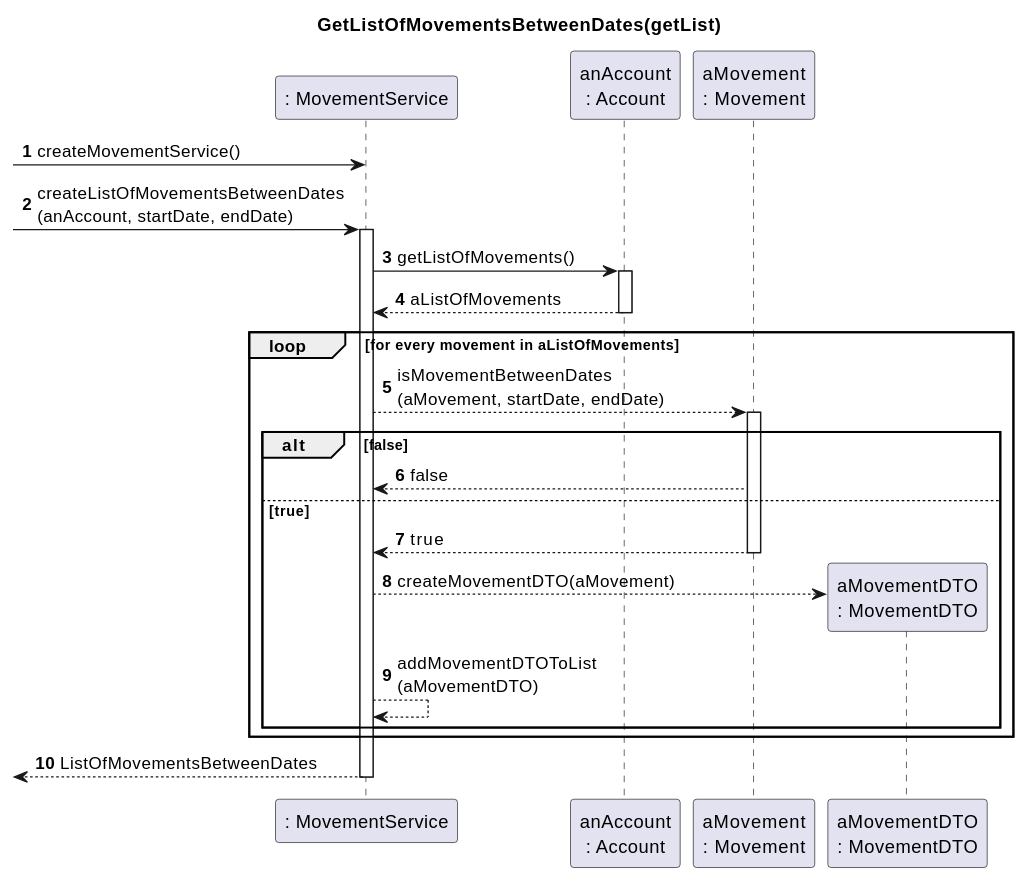
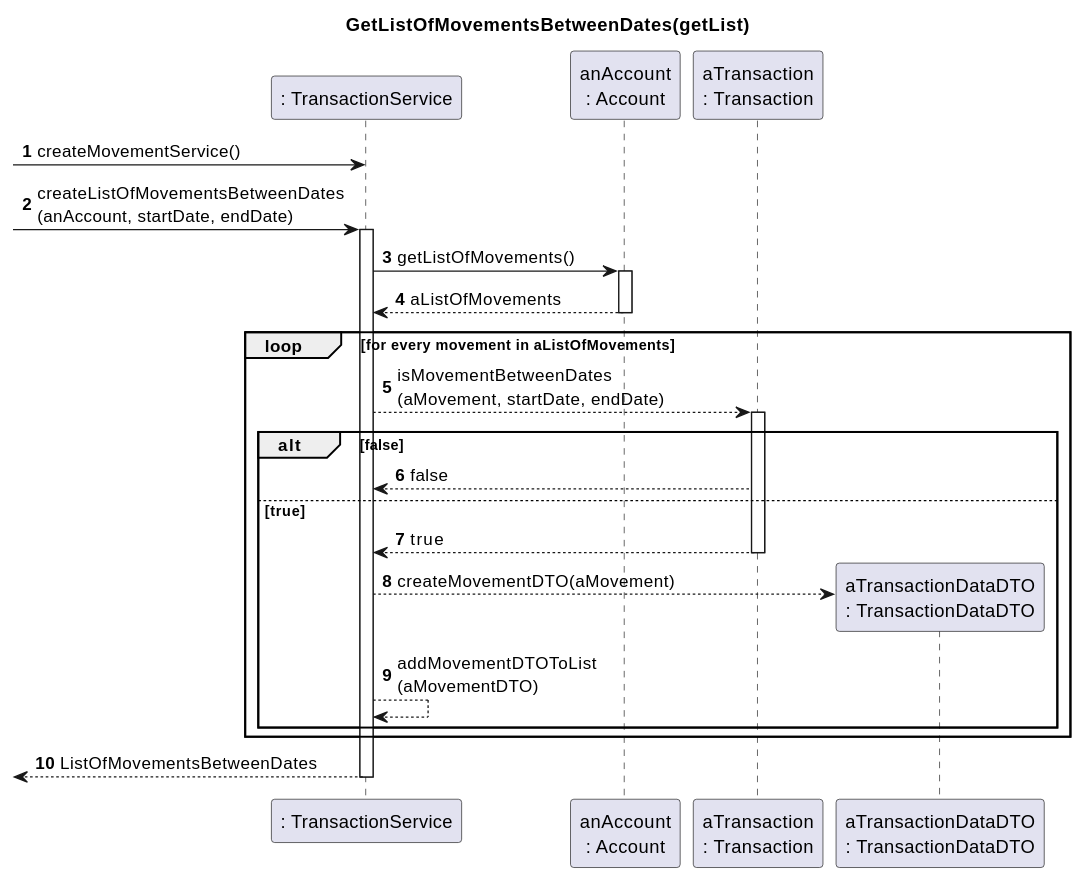
One commit to tomas-osswald/switch_2020_g3 changed the third of 4 diagrams in docs/sprint2/user_stories/US186_GetListOfMovementsBetweenDates.md. Above: the diagram before and after it, drawn with PlantUML. The commit also changed other lines of this file and 1 other file, not shown here.

`````diff
--- a/docs/sprint2/user_stories/US186_GetListOfMovementsBetweenDates.md
+++ b/docs/sprint2/user_stories/US186_GetListOfMovementsBetweenDates.md
@@ -130,35 +130,35 @@
 ````puml
 autonumber
 
 title GetListOfMovementsBetweenDates(getList)
 
-participant ": MovementService" as MovementService
+participant ": TransactionService" as TransactionService
 participant "anAccount\n: Account" as Account
-participant "aMovement\n: Movement" as Movement
-participant "aMovementDTO\n: MovementDTO" as MovementDTO
+participant "aTransaction\n: Transaction" as Transaction
+participant "aTransactionDataDTO\n: TransactionDataDTO" as TransactionDataDTO
 
--> MovementService ** : createMovementService()
--> MovementService : createListOfMovementsBetweenDates\n(anAccount, startDate, endDate)
-activate MovementService
+-> TransactionService ** : createMovementService()
+-> TransactionService : createListOfMovementsBetweenDates\n(anAccount, startDate, endDate)
+activate TransactionService
 
-MovementService -> Account : getListOfMovements()
+TransactionService -> Account : getListOfMovements()
 activate Account
-Account --> MovementService : aListOfMovements
+Account --> TransactionService : aListOfMovements
 deactivate Account
 
 loop for every movement in aListOfMovements
-MovementService --> Movement : isMovementBetweenDates\n(aMovement, startDate, endDate)
-activate Movement
+TransactionService --> Transaction : isMovementBetweenDates\n(aMovement, startDate, endDate)
+activate Transaction
 alt false
-Movement --> MovementService : false
+Transaction --> TransactionService : false
 else true
-Movement --> MovementService : true
-deactivate Movement
-MovementService --> MovementDTO ** : createMovementDTO(aMovement)
-MovementService --> MovementService : addMovementDTOToList\n(aMovementDTO)
+Transaction --> TransactionService : true
+deactivate Transaction
+TransactionService --> TransactionDataDTO ** : createMovementDTO(aMovement)
+TransactionService --> TransactionService : addMovementDTOToList\n(aMovementDTO)
 end
 end
 
-<-- MovementService : ListOfMovementsBetweenDates
-deactivate MovementService
+<-- TransactionService : ListOfMovementsBetweenDates
+deactivate TransactionService
 ````
`````
